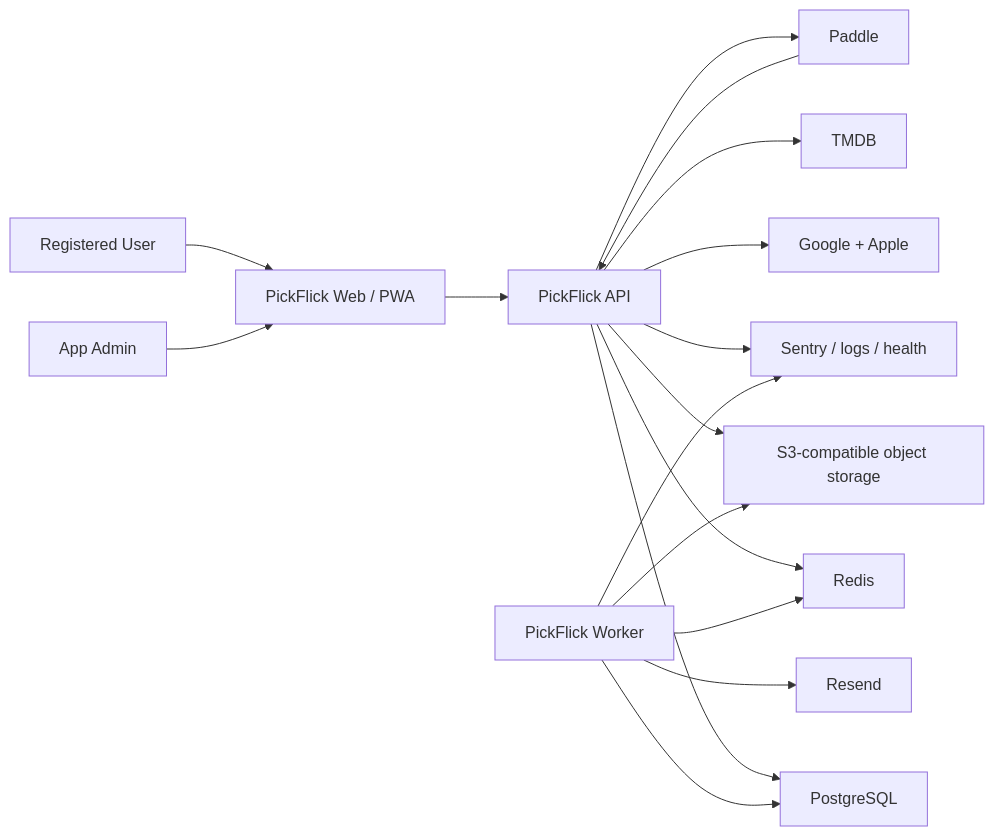
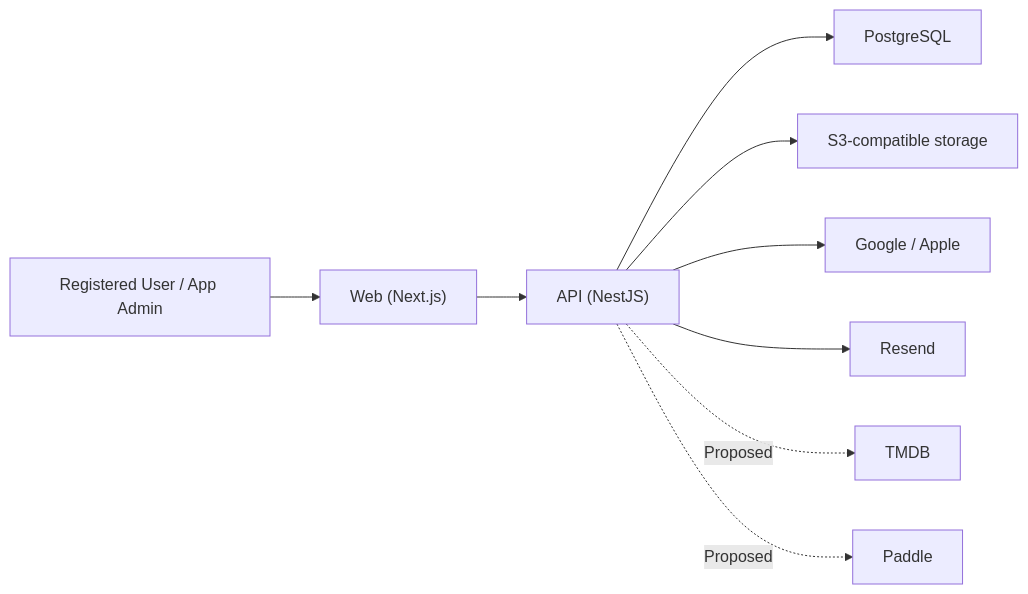
Before and after one commit to Shagon1k/PickFlick: the diagram in ARCHITECTURE.md, drawn with Mermaid. The commit also changed other lines of this file and 20 other files, not shown here.

````diff
--- a/ARCHITECTURE.md
+++ b/ARCHITECTURE.md
@@ -61,19 +24,11 @@
 ```mermaid
 flowchart LR
-  User["Registered User"] --> Web["PickFlick Web / PWA"]
-  AppAdmin["App Admin"] --> Web
-  Web --> API["PickFlick API"]
+  User["Registered User / App Admin"] --> Web["Web (Next.js)"]
+  Web --> API["API (NestJS)"]
   API --> DB["PostgreSQL"]
-  API --> Redis["Redis"]
-  API --> Objects["S3-compatible object storage"]
-  Worker["PickFlick Worker"] --> DB
-  Worker --> Redis
-  Worker --> Objects
-  API --> OAuth["Google + Apple"]
-  API --> TMDB["TMDB"]
-  API --> Paddle["Paddle"]
-  Worker --> Email["Resend"]
-  API --> Monitor["Sentry / logs / health"]
-  Worker --> Monitor
-  Paddle --> API
+  API --> Objects["S3-compatible storage"]
+  API --> OAuth["Google / Apple"]
+  API --> Email["Resend"]
+  API -. Proposed .-> TMDB["TMDB"]
+  API -. Proposed .-> Paddle["Paddle"]
 ```
````
